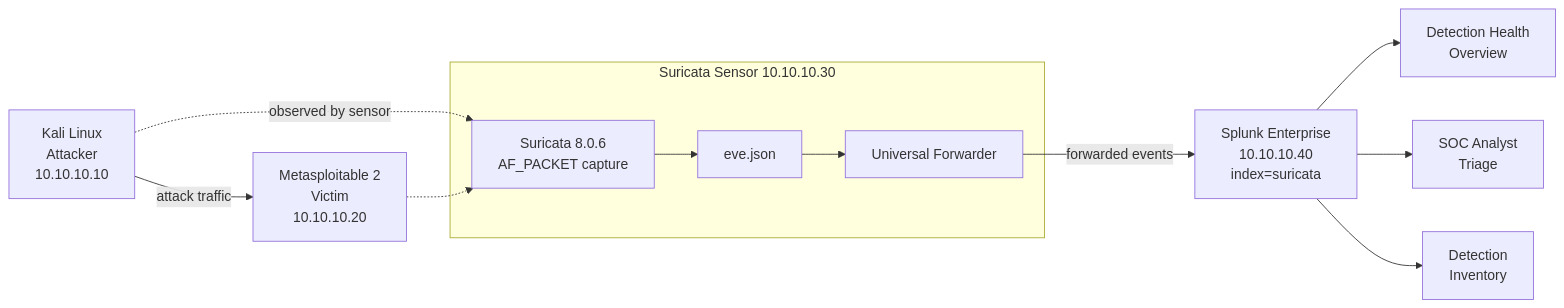
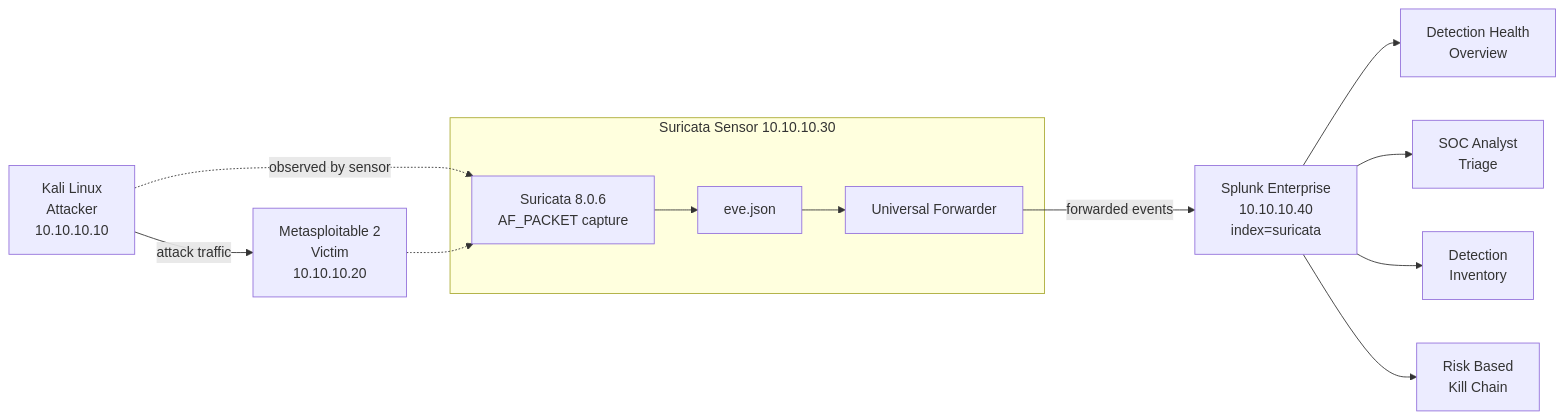
The diagram in README.md (Mario0111/suricata-splunk-detection-lab), drawn with Mermaid before and after one commit. The commit also changed other lines of this file, not shown here.

````diff
--- a/README.md
+++ b/README.md
@@ -11,14 +11,15 @@
 ```mermaid
 flowchart LR
     K["Kali Linux<br/>Attacker<br/>10.10.10.10"] -->|attack traffic| M["Metasploitable 2<br/>Victim<br/>10.10.10.20"]
     K -.->|observed by sensor| S
     M -.-> S
     subgraph SENSOR ["Suricata Sensor 10.10.10.30"]
         S["Suricata 8.0.6<br/>AF_PACKET capture"] --> E["eve.json"]
         E --> UF["Universal Forwarder"]
     end
     UF -->|forwarded events| SP["Splunk Enterprise<br/>10.10.10.40<br/>index=suricata"]
     SP --> D1["Detection Health<br/>Overview"]
     SP --> D2["SOC Analyst<br/>Triage"]
     SP --> D3["Detection<br/>Inventory"]
+    SP --> D4["Risk Based<br/>Kill Chain"]
 ```
````
